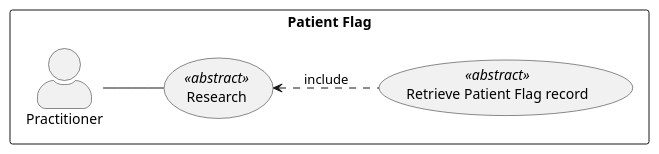
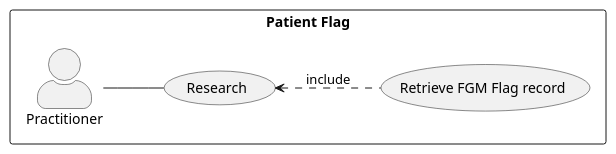
Before and after one commit to NHSDigital/ra-sandbox: the diagram in input/images-source/retrieve-pf-record-usecase.plantuml, drawn with PlantUML. The commit also changed 9 other files, not shown here.

```diff
--- a/input/images-source/retrieve-pf-record-usecase.plantuml
+++ b/input/images-source/retrieve-pf-record-usecase.plantuml
@@ -1,15 +1,15 @@
 @startuml
 
 skinparam actorStyle awesome
 left to right direction
 
 rectangle "Patient Flag"{
 actor Practitioner as pra
-usecase "Research" as res <<abstract>>
-usecase "Retrieve Patient Flag record" as ret <<abstract>>
+usecase "Research" as res
+usecase "Retrieve FGM Flag record" as ret
 }
 
 pra -- res
 res <.. ret : include
 
 @enduml
```
